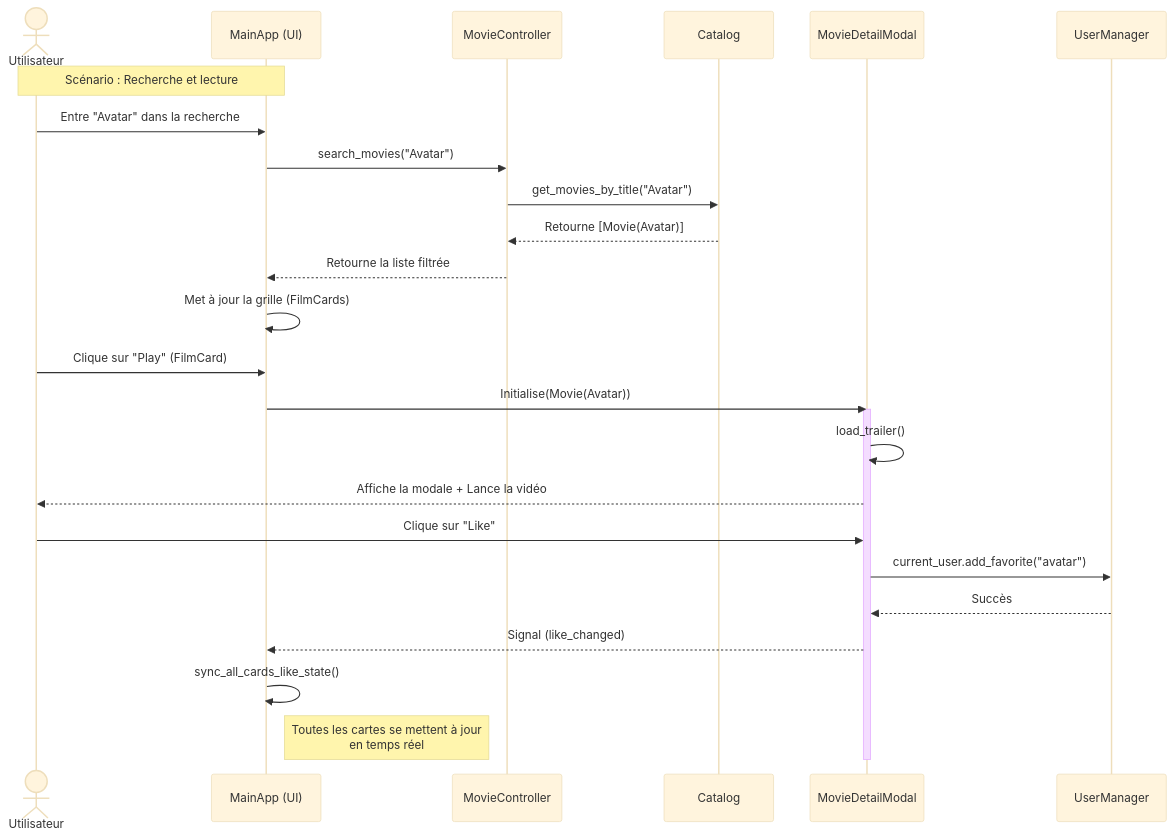
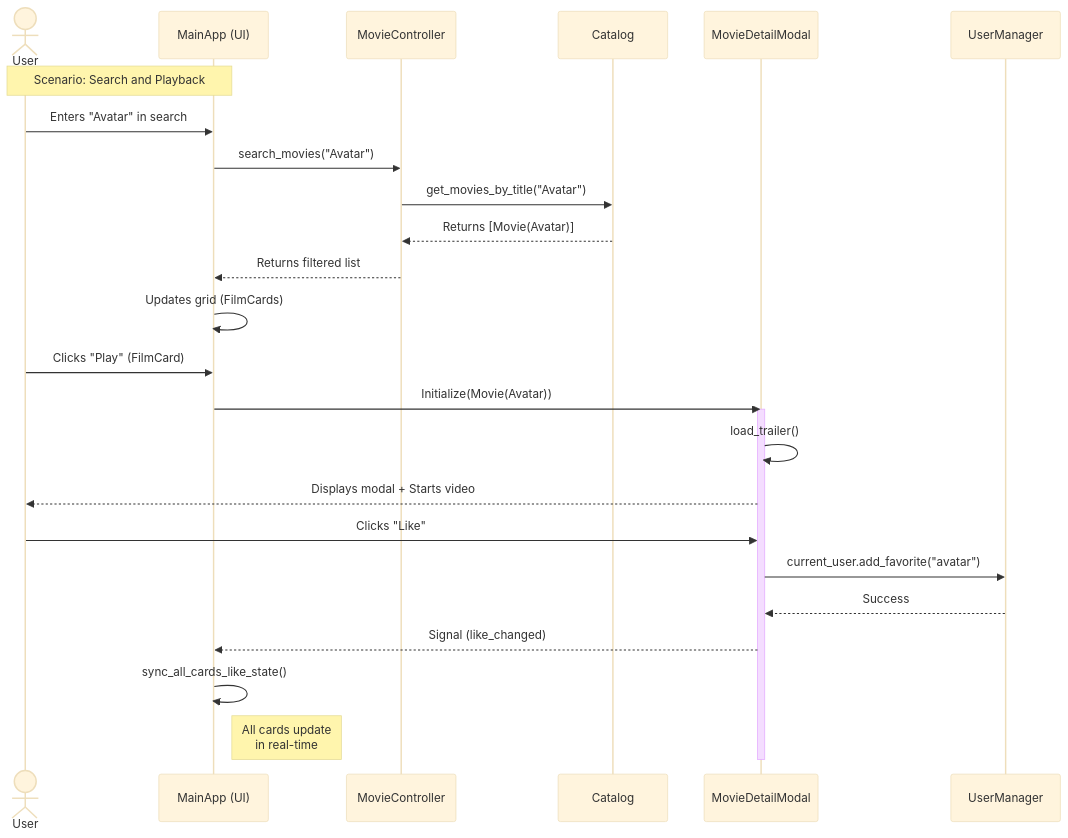
The second of 4 diagrams in README.md (Valeyrian/SeoulTech_Python_Finnal-Project), drawn with Mermaid (base theme) before and after one commit. The commit also changed other lines of this file, not shown here.

````diff
--- a/README.md
+++ b/README.md
@@ -167,29 +167,29 @@
 ```mermaid
 sequenceDiagram
-    actor User as Utilisateur
+    actor User as User
     participant View as MainApp (UI)
     participant Ctrl as MovieController
     participant Model as Catalog
     participant Modal as MovieDetailModal
-    Note over User, View: Scénario : Recherche et lecture
-    User->>View: Entre "Avatar" dans la recherche
+    Note over User, View: Scenario: Search and Playback
+    User->>View: Enters "Avatar" in search
     View->>Ctrl: search_movies("Avatar")
     Ctrl->>Model: get_movies_by_title("Avatar")
-    Model-->>Ctrl: Retourne [Movie(Avatar)]
-    Ctrl-->>View: Retourne la liste filtrée
-    View->>View: Met à jour la grille (FilmCards)
-    User->>View: Clique sur "Play" (FilmCard)
-    View->>Modal: Initialise(Movie(Avatar))
+    Model-->>Ctrl: Returns [Movie(Avatar)]
+    Ctrl-->>View: Returns filtered list
+    View->>View: Updates grid (FilmCards)
+    User->>View: Clicks "Play" (FilmCard)
+    View->>Modal: Initialize(Movie(Avatar))
     activate Modal
     Modal->>Modal: load_trailer()
-    Modal-->>User: Affiche la modale + Lance la vidéo
+    Modal-->>User: Displays modal + Starts video
     
-    User->>Modal: Clique sur "Like"
+    User->>Modal: Clicks "Like"
     Modal->>UserManager: current_user.add_favorite("avatar")
-    UserManager-->>Modal: Succès
+    UserManager-->>Modal: Success
     Modal-->>View: Signal (like_changed)
     View->>View: sync_all_cards_like_state()
-    Note right of View: Toutes les cartes se mettent à jour<br/>en temps réel
+    Note right of View: All cards update<br/>in real-time
     
     deactivate Modal
 ```
````
